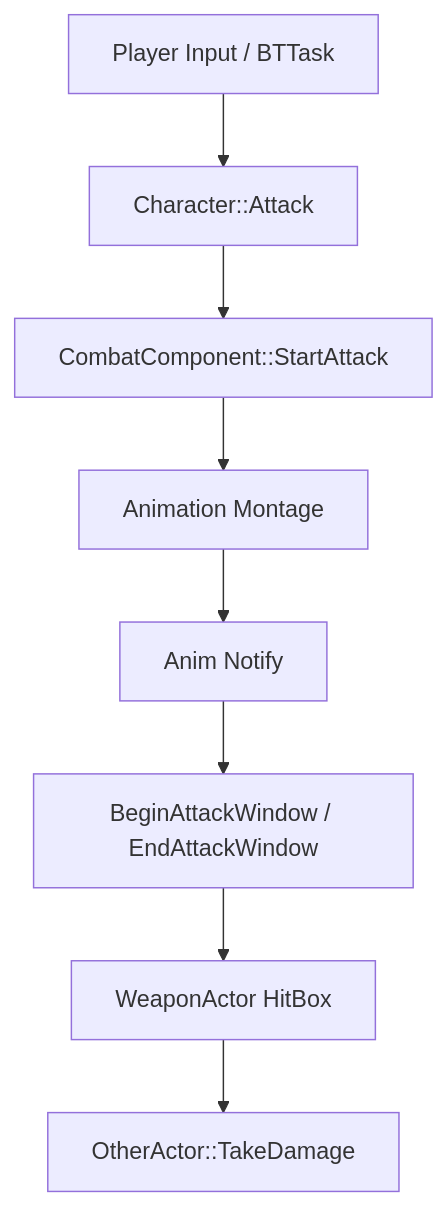
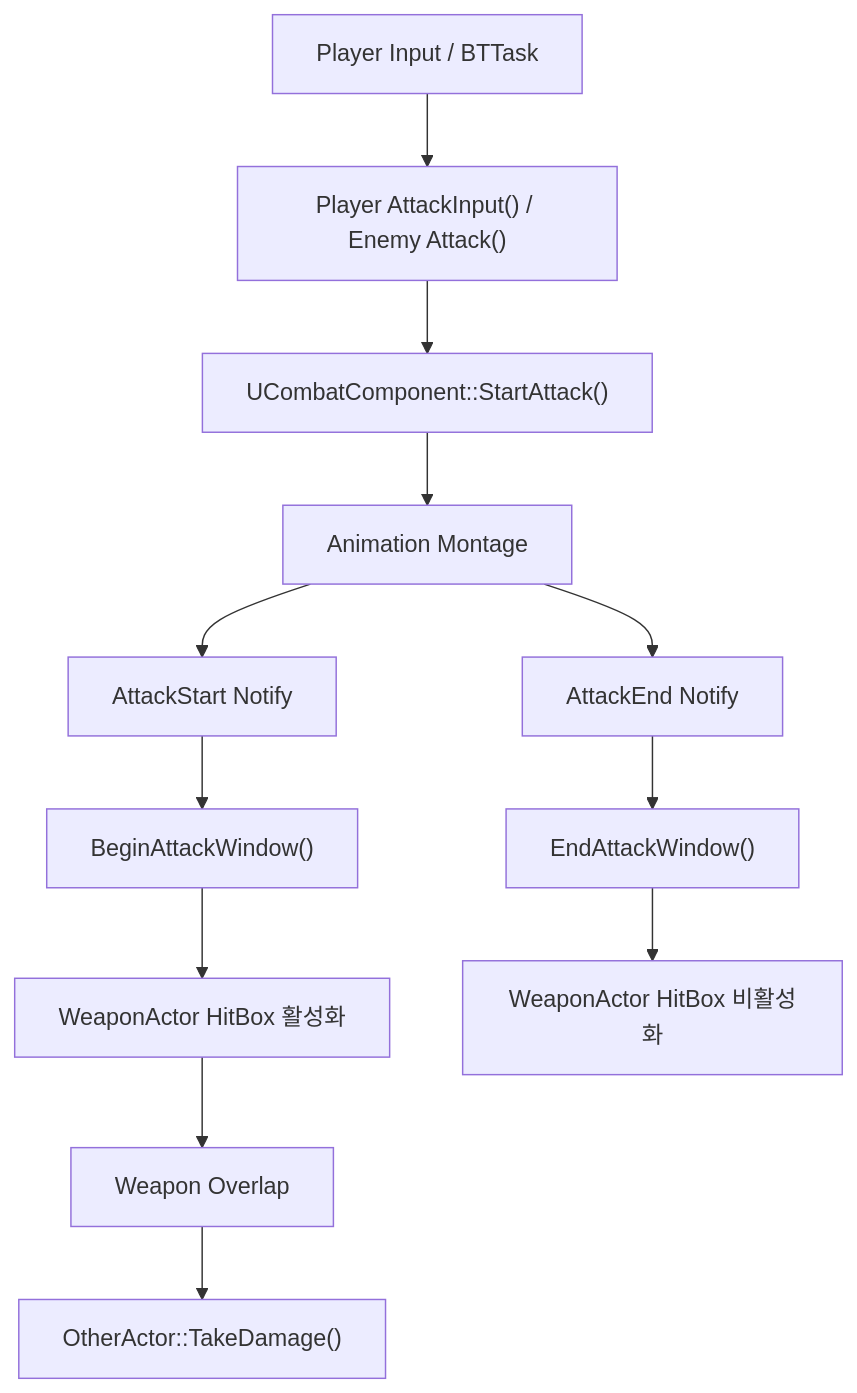
One commit to want-to-sleep1212/UE5-Roguelike changed the diagram in Docs/CombatSystem.md. Above: the diagram before and after it, drawn with Mermaid. The commit also changed other lines of this file and 5 other files, not shown here.

````diff
--- a/Docs/CombatSystem.md
+++ b/Docs/CombatSystem.md
@@ -25,11 +24,16 @@
 ```mermaid
 flowchart TD
-    R["Player Input / BTTask"] --> C["Character::Attack"]
-    C --> S["CombatComponent::StartAttack"]
+    R["Player Input / BTTask"] --> C["Player AttackInput() / Enemy Attack()"]
+    C --> S["UCombatComponent::StartAttack()"]
     S --> M["Animation Montage"]
-    M --> N["Anim Notify"]
-    N --> A["BeginAttackWindow / EndAttackWindow"]
-    A --> W["WeaponActor HitBox"]
 
-    W --> D["OtherActor::TakeDamage"]
+    M --> NS["AttackStart Notify"]
+    NS --> B["BeginAttackWindow()"]
+    B --> W1["WeaponActor HitBox 활성화"]
+    W1 --> H["Weapon Overlap"]
+    H --> D["OtherActor::TakeDamage()"]
+
+    M --> NE["AttackEnd Notify"]
+    NE --> E["EndAttackWindow()"]
+    E --> W2["WeaponActor HitBox 비활성화"]
 ```
````
